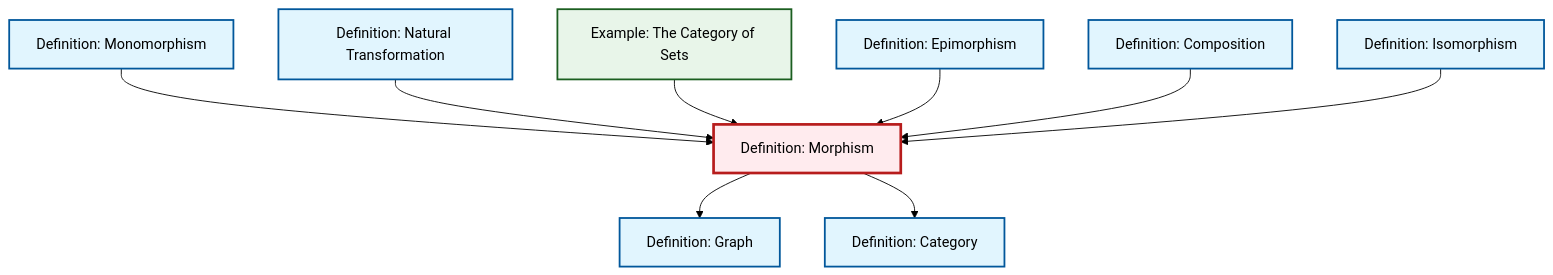
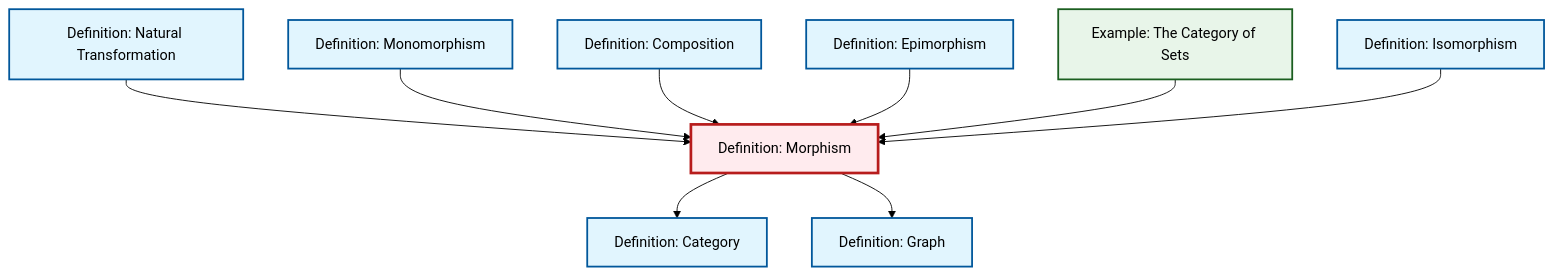
The diagram in content/en/category-theory/def-morphism.qmd (RK0429/ModernMath), drawn with Mermaid (forest theme) before and after one commit. The commit also changed other lines of this file and 328 other files, not shown here.

````diff
--- a/content/en/category-theory/def-morphism.qmd
+++ b/content/en/category-theory/def-morphism.qmd
@@ -52,35 +53,35 @@
 ```{mermaid}
 %%| fig-cap: "Local dependency graph"
 graph TD
     classDef definition fill:#e1f5fe,stroke:#01579b,stroke-width:2px
     classDef theorem fill:#f3e5f5,stroke:#4a148c,stroke-width:2px
     classDef axiom fill:#fff3e0,stroke:#e65100,stroke-width:2px
     classDef example fill:#e8f5e9,stroke:#1b5e20,stroke-width:2px
     classDef current fill:#ffebee,stroke:#b71c1c,stroke-width:3px
+    def-morphism["Definition: Morphism"]:::definition
+    def-composition["Definition: Composition"]:::definition
+    def-graph["Definition: Graph"]:::definition
+    def-epimorphism["Definition: Epimorphism"]:::definition
+    def-natural-transformation["Definition: Natural Transformation"]:::definition
+    def-isomorphism["Definition: Isomorphism"]:::definition
+    def-category["Definition: Category"]:::definition
     ex-set-category["Example: The Category of Sets"]:::example
-    def-natural-transformation["Definition: Natural Transformation"]:::definition
-    def-morphism["Definition: Morphism"]:::definition
-    def-isomorphism["Definition: Isomorphism"]:::definition
-    def-epimorphism["Definition: Epimorphism"]:::definition
-    def-composition["Definition: Composition"]:::definition
-    def-category["Definition: Category"]:::definition
     def-monomorphism["Definition: Monomorphism"]:::definition
-    def-graph["Definition: Graph"]:::definition
+    def-natural-transformation --> def-morphism
     def-monomorphism --> def-morphism
-    def-natural-transformation --> def-morphism
+    def-composition --> def-morphism
+    def-morphism --> def-category
+    def-epimorphism --> def-morphism
     def-morphism --> def-graph
     ex-set-category --> def-morphism
-    def-epimorphism --> def-morphism
-    def-composition --> def-morphism
     def-isomorphism --> def-morphism
-    def-morphism --> def-category
     class def-morphism current
-    click ex-set-category "ex-set-category.html" "Go to The Category of Sets example"
+    click def-composition "def-composition.html" "Go to Composition definition"
+    click def-graph "def-graph.html" "Go to Graph definition"
+    click def-epimorphism "def-epimorphism.html" "Go to Epimorphism definition"
     click def-natural-transformation "def-natural-transformation.html" "Go to Natural Transformation definition"
     click def-isomorphism "def-isomorphism.html" "Go to Isomorphism definition"
-    click def-epimorphism "def-epimorphism.html" "Go to Epimorphism definition"
-    click def-composition "def-composition.html" "Go to Composition definition"
     click def-category "def-category.html" "Go to Category definition"
+    click ex-set-category "ex-set-category.html" "Go to The Category of Sets example"
     click def-monomorphism "def-monomorphism.html" "Go to Monomorphism definition"
-    click def-graph "def-graph.html" "Go to Graph definition"
 ```
````
